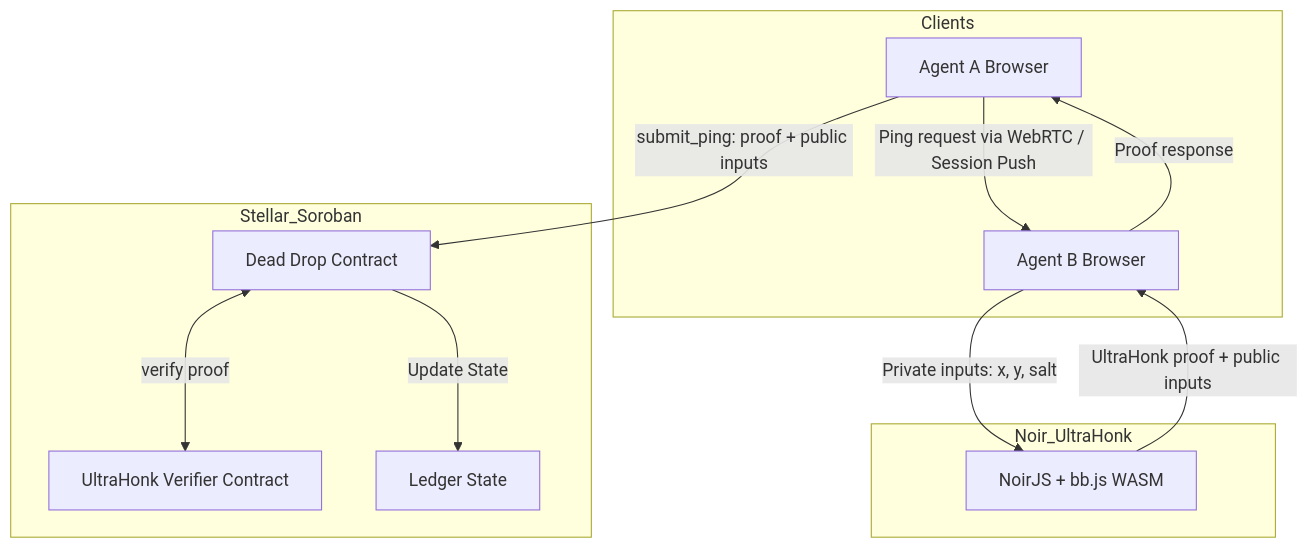
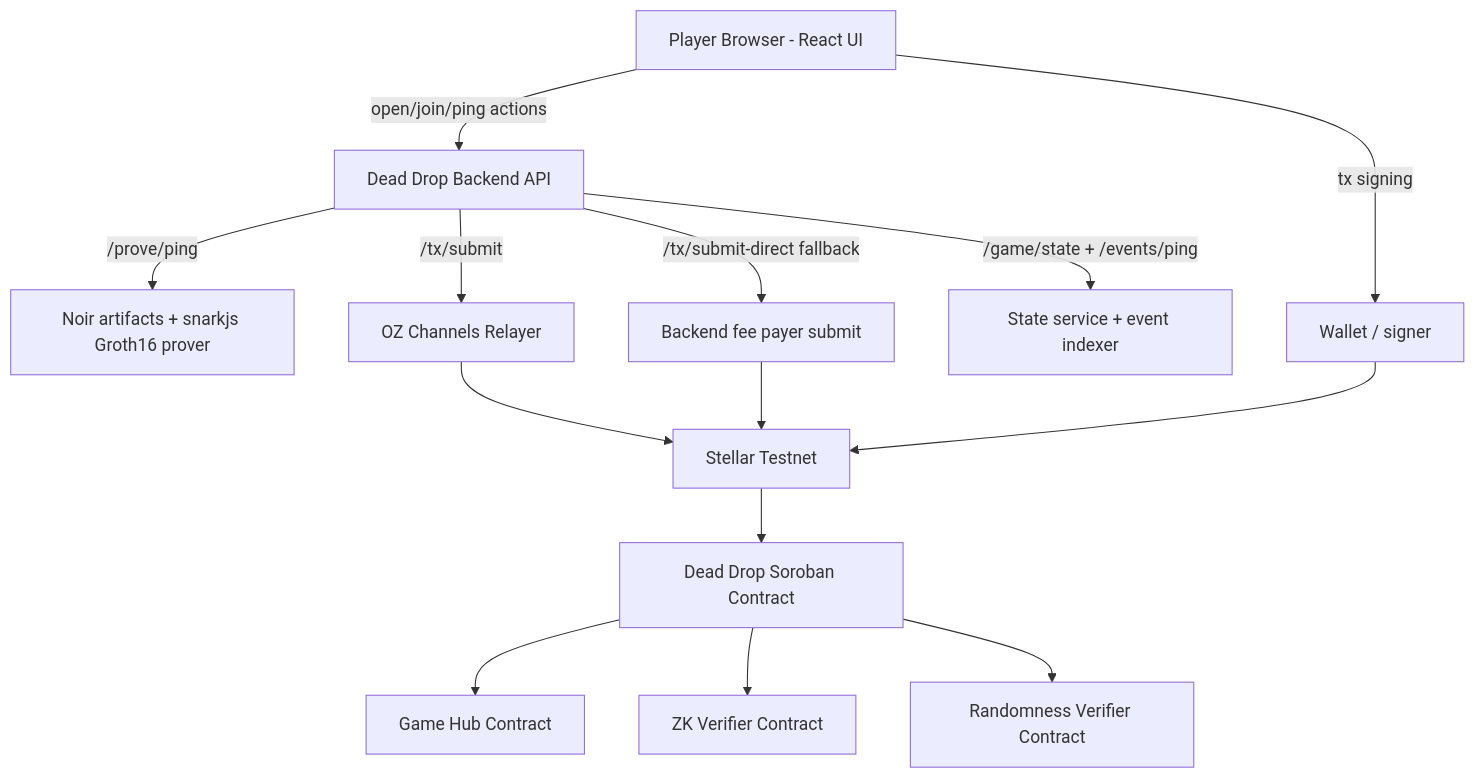
One commit to wmendes/dead-drop-zk changed the diagram in README.md. Above: the diagram before and after it, drawn with Mermaid. The commit also changed other lines of this file and 115 other files, not shown here.

````diff
--- a/README.md
+++ b/README.md
@@ -79,18 +87,18 @@
 ```mermaid
 graph TD
-    subgraph Clients
-        A[Agent A Browser] -->|Ping request via WebRTC / Session Push| B[Agent B Browser]
-        B -->|Proof response| A
-    end
+  A[Player Browser - React UI] -->|open/join/ping actions| B[Dead Drop Backend API]
+  A -->|tx signing| C[Wallet / signer]
+  B -->|/prove/ping| D[Noir artifacts + snarkjs Groth16 prover]
+  B -->|/tx/submit| E[OZ Channels Relayer]
+  B -->|/tx/submit-direct fallback| F[Backend fee payer submit]
+  B -->|/game/state + /events/ping| G[State service + event indexer]
 
-    subgraph Noir_UltraHonk
-        B -->|Private inputs: x, y, salt| P[NoirJS + bb.js WASM]
-        P -->|UltraHonk proof + public inputs| B
-    end
+  E --> H[Stellar Testnet]
+  F --> H
+  C --> H
 
-    subgraph Stellar_Soroban
-        A -->|submit_ping: proof + public inputs| C[Dead Drop Contract]
-        C <-->|verify proof| V[UltraHonk Verifier Contract]
-        C -->|Update State| S[Ledger State]
-    end
+  H --> I[Dead Drop Soroban Contract]
+  I --> J[Game Hub Contract]
+  I --> K[ZK Verifier Contract]
+  I --> L[Randomness Verifier Contract]
 ```
````
